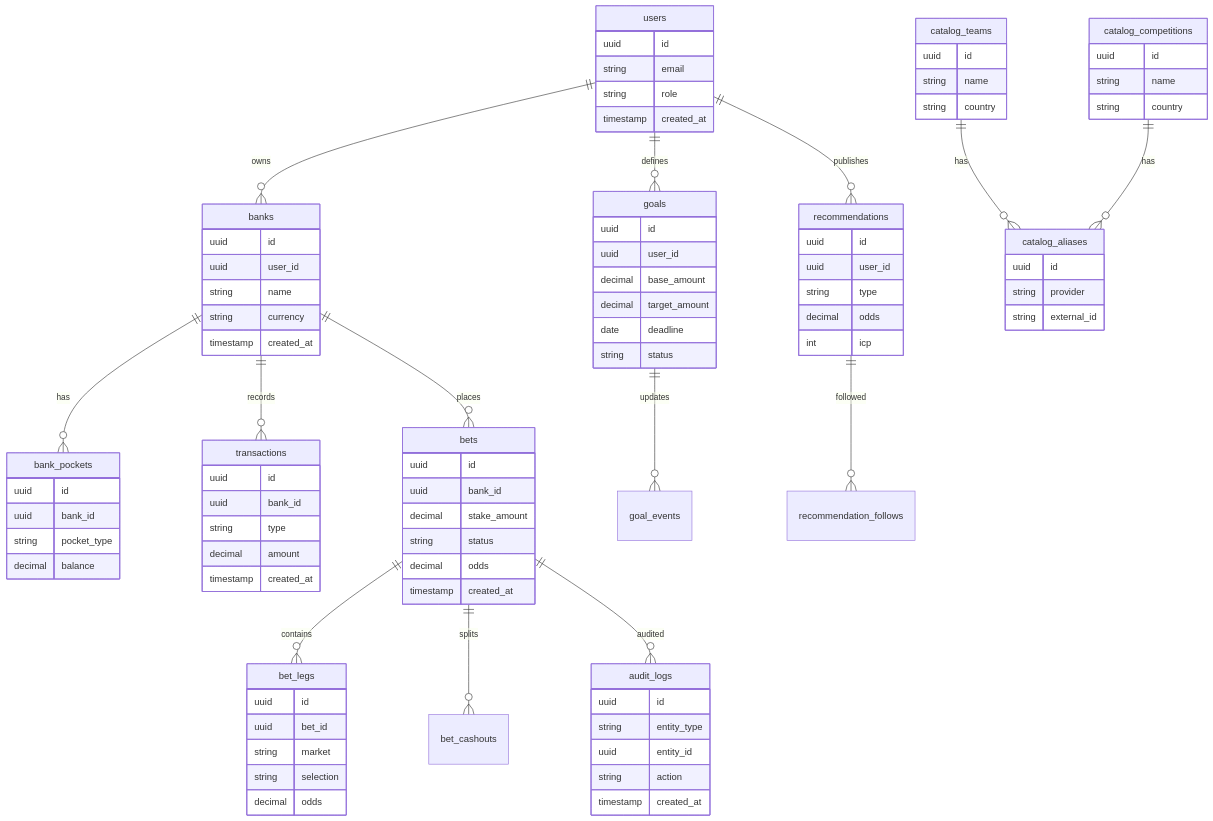
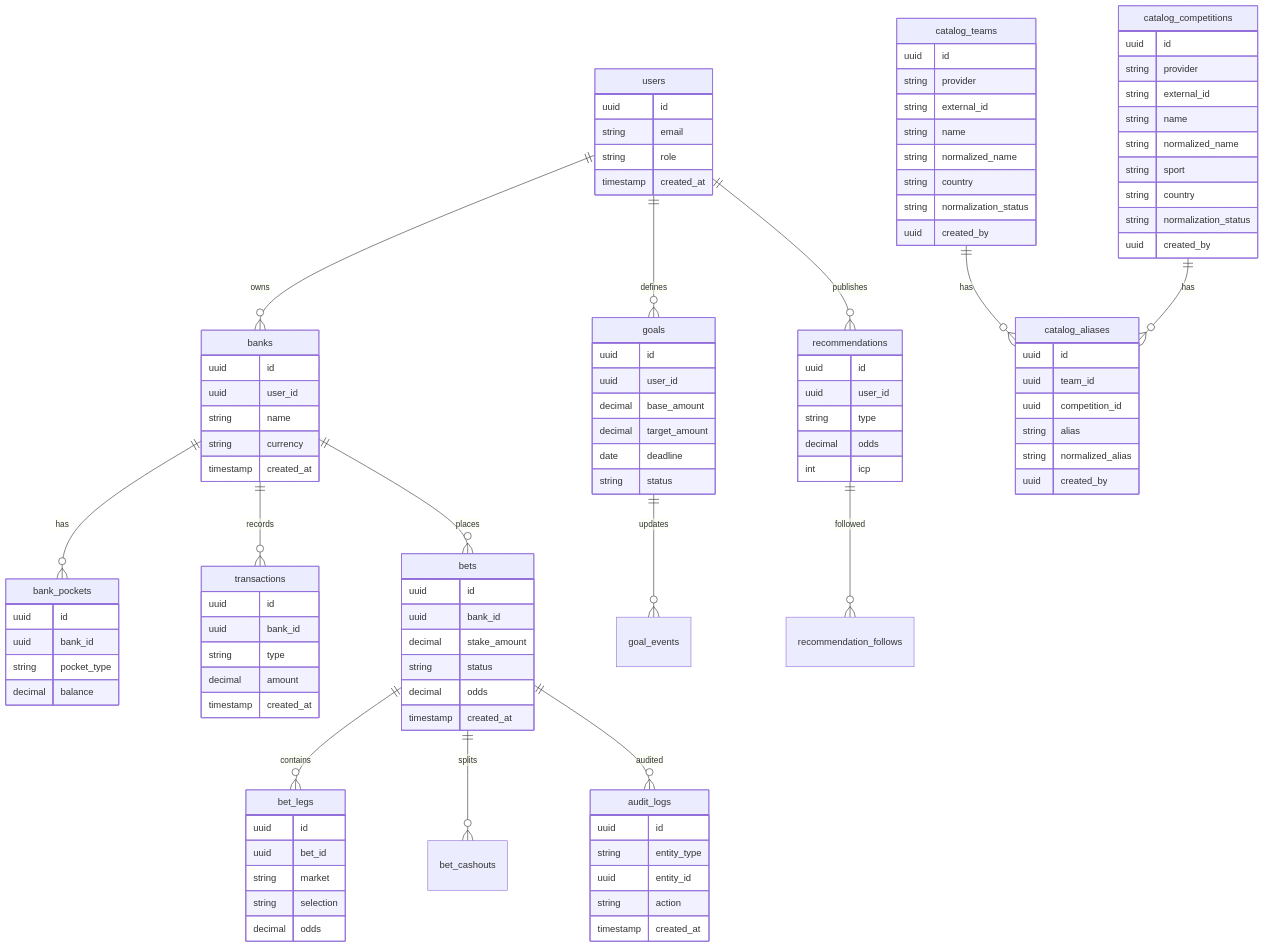
One commit to yxsinell/StakeLedger changed the second of 3 diagrams in .context/SRS/architecture-specs.md. Above: the diagram before and after it, drawn with Mermaid. The commit also changed 14 other files, not shown here.

```diff
--- a/.context/SRS/architecture-specs.md
+++ b/.context/SRS/architecture-specs.md
@@ -99,18 +99,32 @@
   }
   catalog_teams {
     uuid id
+    string provider
+    string external_id
     string name
+    string normalized_name
     string country
+    string normalization_status
+    uuid created_by
   }
   catalog_competitions {
     uuid id
+    string provider
+    string external_id
     string name
+    string normalized_name
+    string sport
     string country
+    string normalization_status
+    uuid created_by
   }
   catalog_aliases {
     uuid id
-    string provider
-    string external_id
+    uuid team_id
+    uuid competition_id
+    string alias
+    string normalized_alias
+    uuid created_by
   }
   audit_logs {
     uuid id
```
